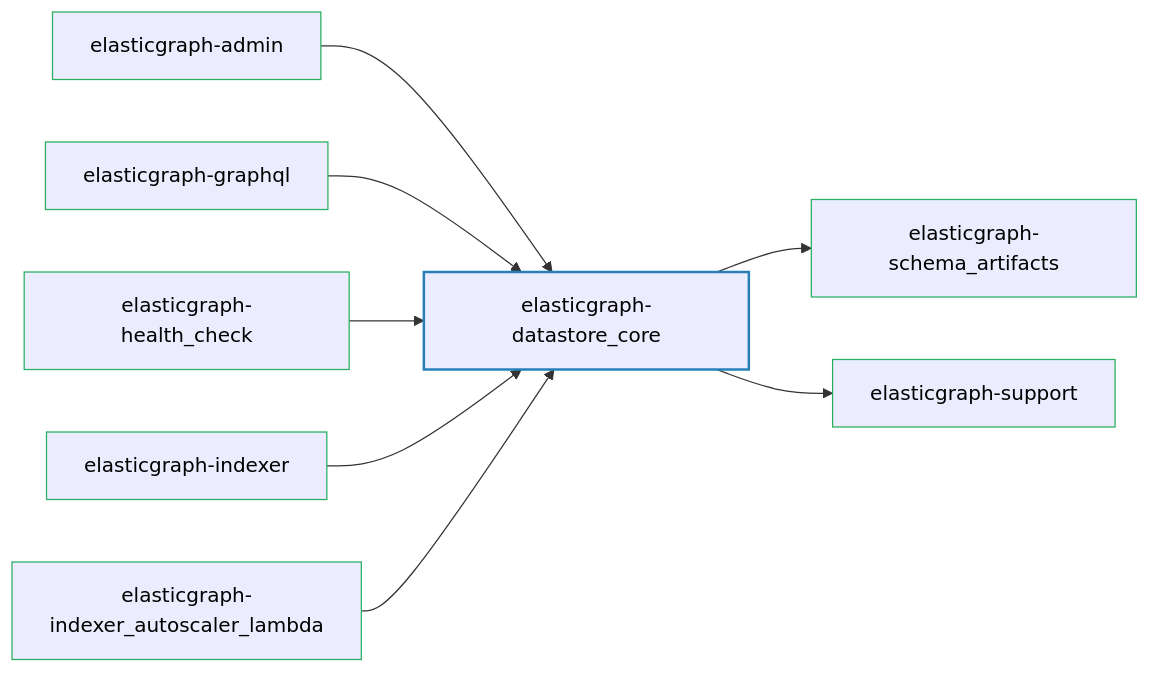
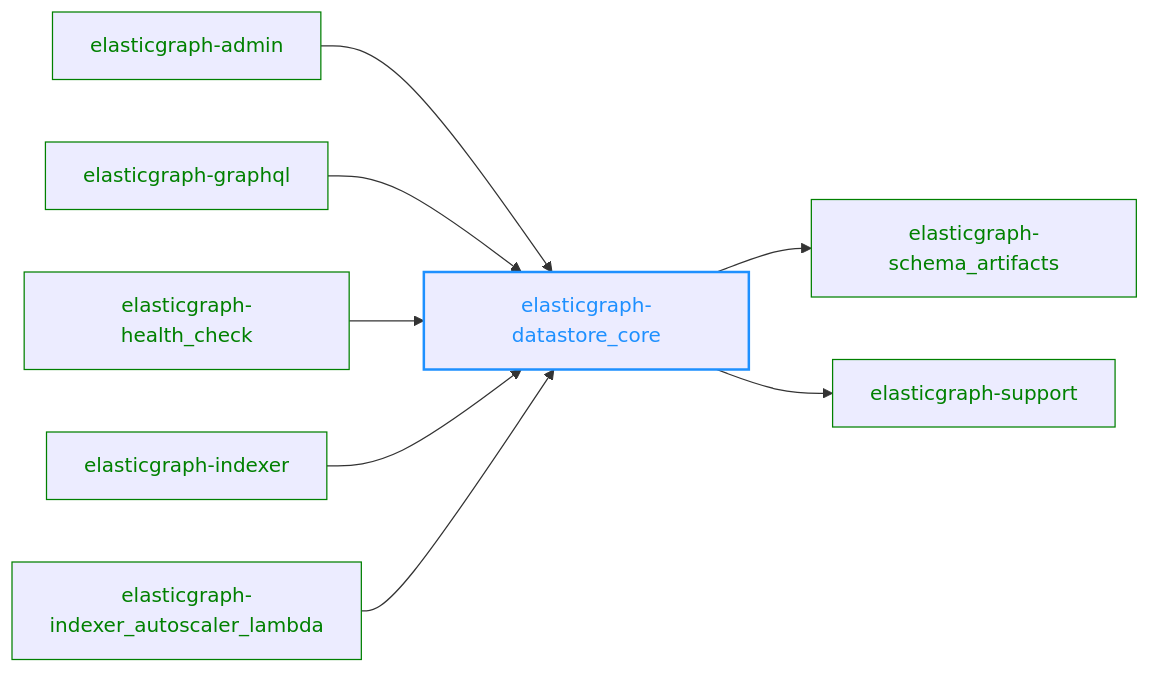
The diagram in elasticgraph-datastore_core/README.md (block/elasticgraph), drawn with Mermaid before and after one commit. The commit also changed 23 other files, not shown here.

````diff
--- a/elasticgraph-datastore_core/README.md
+++ b/elasticgraph-datastore_core/README.md
@@ -7,26 +7,26 @@
 ```mermaid
 graph LR;
     elasticgraph-datastore_core["elasticgraph-datastore_core"];
     elasticgraph-schema_artifacts["elasticgraph-schema_artifacts"];
     elasticgraph-datastore_core --> elasticgraph-schema_artifacts;
     elasticgraph-support["elasticgraph-support"];
     elasticgraph-datastore_core --> elasticgraph-support;
     elasticgraph-admin["elasticgraph-admin"];
     elasticgraph-admin --> elasticgraph-datastore_core;
     elasticgraph-graphql["elasticgraph-graphql"];
     elasticgraph-graphql --> elasticgraph-datastore_core;
     elasticgraph-health_check["elasticgraph-health_check"];
     elasticgraph-health_check --> elasticgraph-datastore_core;
     elasticgraph-indexer["elasticgraph-indexer"];
     elasticgraph-indexer --> elasticgraph-datastore_core;
     elasticgraph-indexer_autoscaler_lambda["elasticgraph-indexer_autoscaler_lambda"];
     elasticgraph-indexer_autoscaler_lambda --> elasticgraph-datastore_core;
-    style elasticgraph-datastore_core fill:#lightblue,stroke:#2980b9,stroke-width:2px,color:#000;
-    style elasticgraph-schema_artifacts fill:#lightgreen,stroke:#27ae60,stroke-width:1px,color:#000;
-    style elasticgraph-support fill:#lightgreen,stroke:#27ae60,stroke-width:1px,color:#000;
-    style elasticgraph-admin fill:#lightgreen,stroke:#27ae60,stroke-width:1px,color:#000;
-    style elasticgraph-graphql fill:#lightgreen,stroke:#27ae60,stroke-width:1px,color:#000;
-    style elasticgraph-health_check fill:#lightgreen,stroke:#27ae60,stroke-width:1px,color:#000;
-    style elasticgraph-indexer fill:#lightgreen,stroke:#27ae60,stroke-width:1px,color:#000;
-    style elasticgraph-indexer_autoscaler_lambda fill:#lightgreen,stroke:#27ae60,stroke-width:1px,color:#000;
+    style elasticgraph-datastore_core color:DodgerBlue,stroke-width:2px,stroke:DodgerBlue;
+    style elasticgraph-schema_artifacts color:Green,stroke:Green;
+    style elasticgraph-support color:Green,stroke:Green;
+    style elasticgraph-admin color:Green,stroke:Green;
+    style elasticgraph-graphql color:Green,stroke:Green;
+    style elasticgraph-health_check color:Green,stroke:Green;
+    style elasticgraph-indexer color:Green,stroke:Green;
+    style elasticgraph-indexer_autoscaler_lambda color:Green,stroke:Green;
 ```
````
